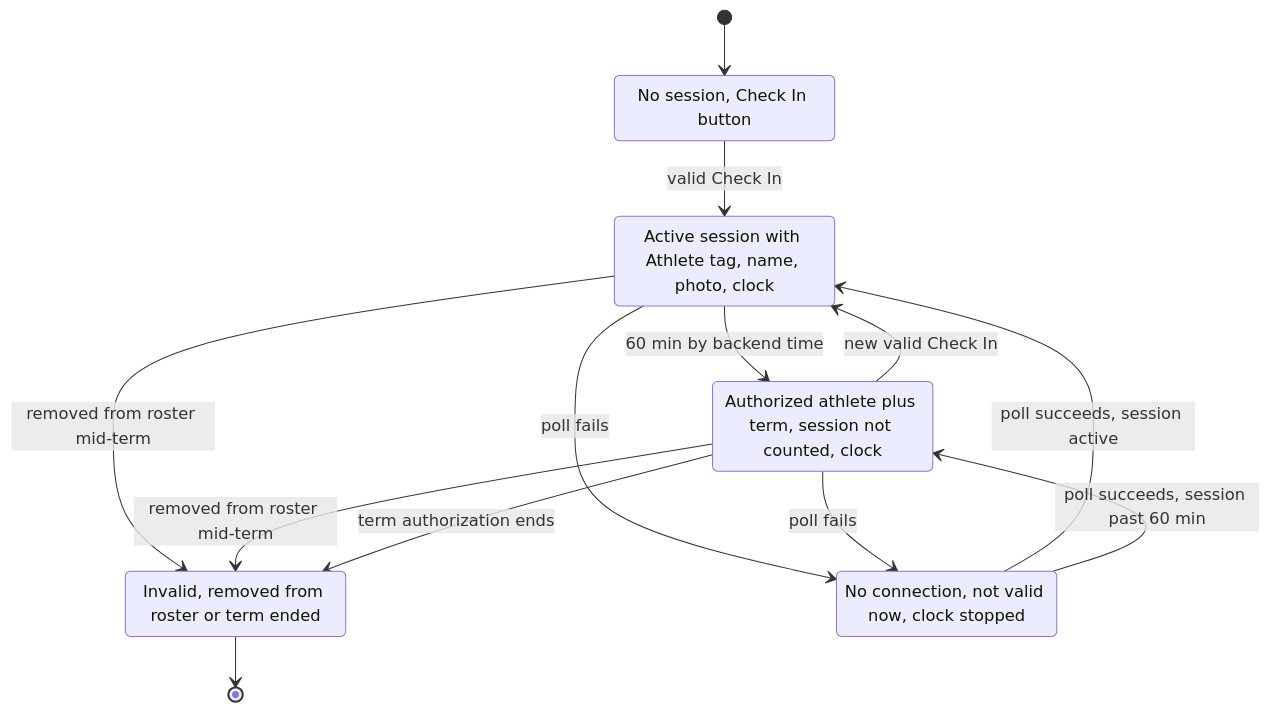
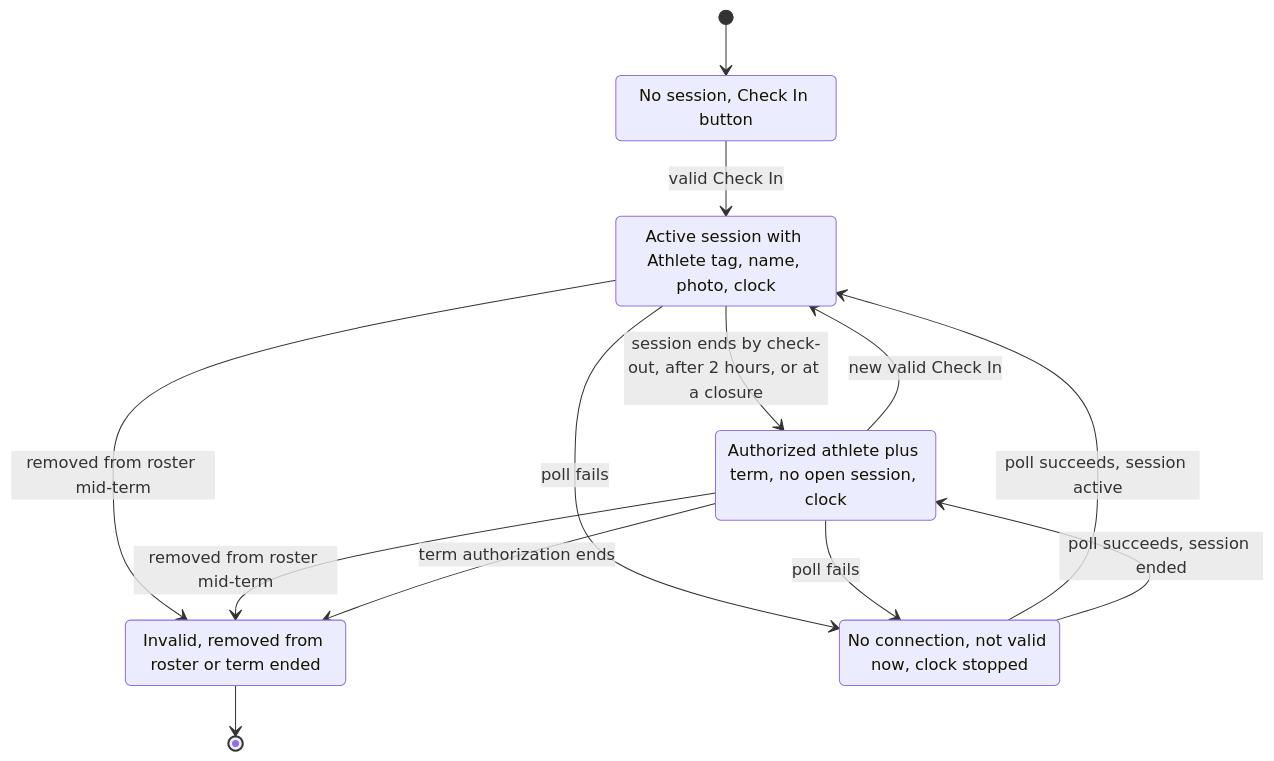
One commit to Th3-Minorities/natatorio-gym-app changed the seventh of 12 diagrams in docs/design/check-in-flows.md. Above: the diagram before and after it, drawn with Mermaid. The commit also changed other lines of this file and 8 other files, not shown here.

Commit message:
Update the SRS and design docs for personal staff accounts, check-out, one roster, store sync and the other meeting decisions

````diff
--- a/docs/design/check-in-flows.md
+++ b/docs/design/check-in-flows.md
@@ -233,21 +242,21 @@
 ```mermaid
 stateDiagram-v2
   state "No session, Check In button" as a_none
   state "Active session with Athlete tag, name, photo, clock" as a_active
-  state "Authorized athlete plus term, session not counted, clock" as a_valid
+  state "Authorized athlete plus term, no open session, clock" as a_valid
   state "Invalid, removed from roster or term ended" as a_invalid
   state "No connection, not valid now, clock stopped" as a_offline
 
   [*] --> a_none
   a_none --> a_active : valid Check In
-  a_active --> a_valid : 60 min by backend time
+  a_active --> a_valid : session ends by check-out, after 2 hours, or at a closure
   a_valid --> a_active : new valid Check In
   a_active --> a_offline : poll fails
   a_valid --> a_offline : poll fails
   a_offline --> a_active : poll succeeds, session active
-  a_offline --> a_valid : poll succeeds, session past 60 min
+  a_offline --> a_valid : poll succeeds, session ended
   a_active --> a_invalid : removed from roster mid-term
   a_valid --> a_invalid : removed from roster mid-term
   a_valid --> a_invalid : term authorization ends
   a_invalid --> [*]
 ```
````
